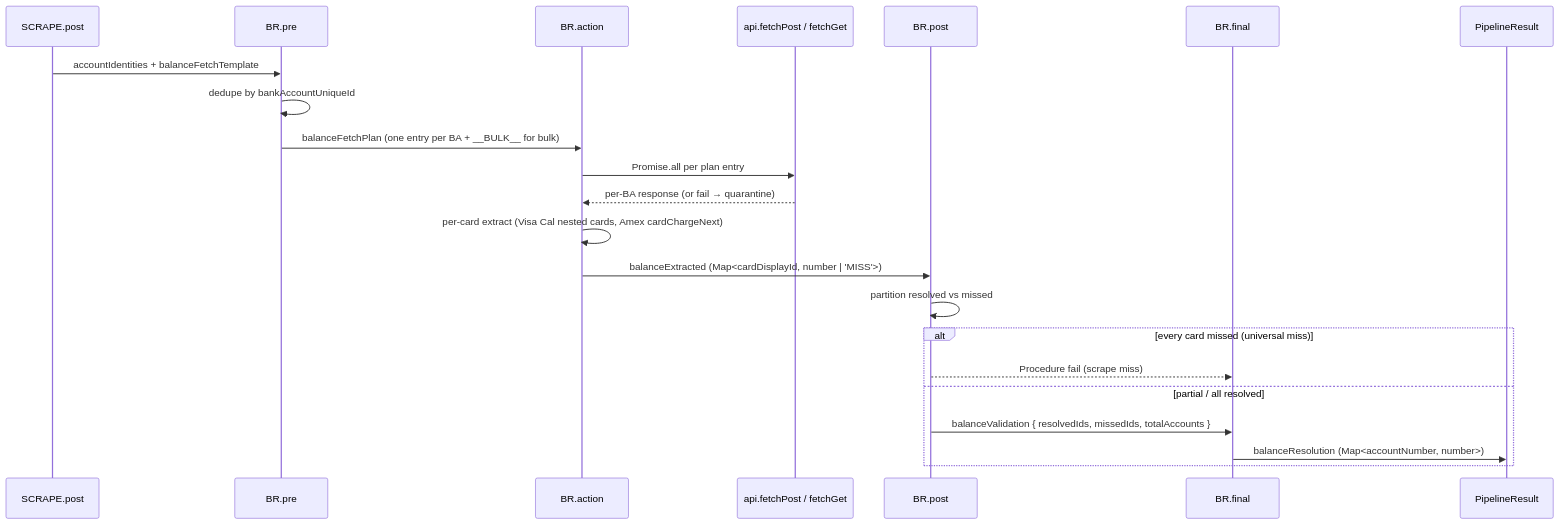
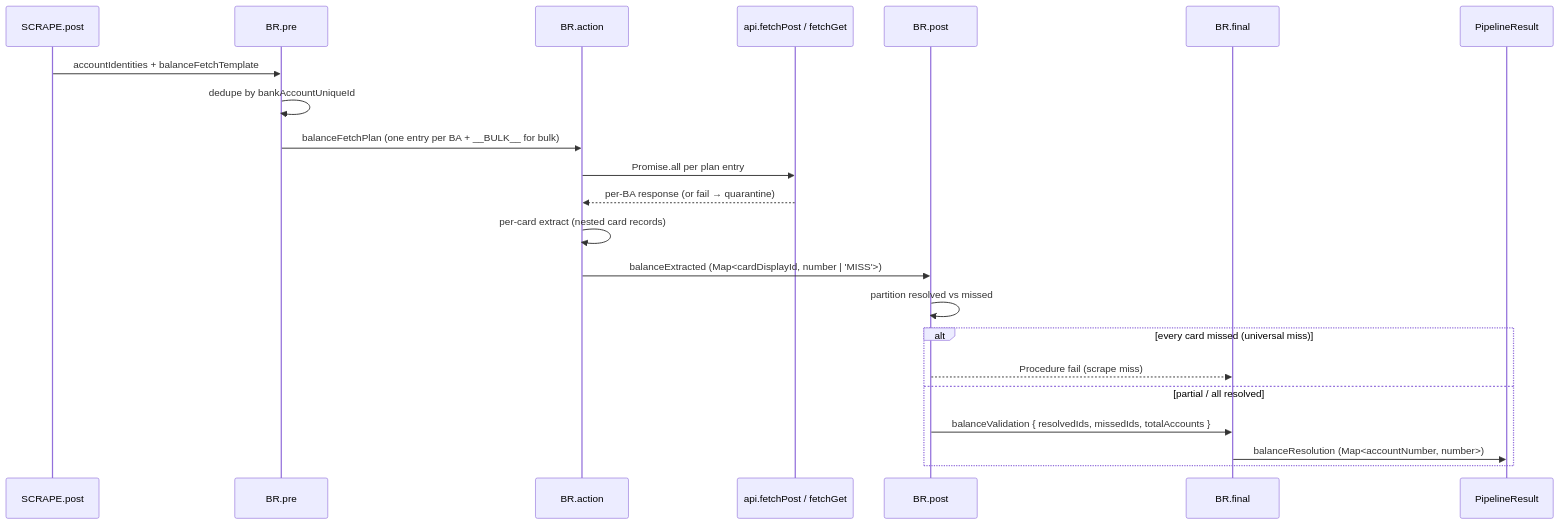
The diagram in docs/architecture/balance-resolve.md (sergienko4/israeli-bank-scrapers), drawn with Mermaid before and after one commit. The commit also changed other lines of this file and 4 other files, not shown here.

````diff
--- a/docs/architecture/balance-resolve.md
+++ b/docs/architecture/balance-resolve.md
@@ -97,25 +97,25 @@
 ```mermaid
 sequenceDiagram
     participant SP as SCRAPE.post
     participant RP as BR.pre
     participant RA as BR.action
     participant API as api.fetchPost / fetchGet
     participant RPO as BR.post
     participant RF as BR.final
     participant PR as PipelineResult
 
     SP->>RP: accountIdentities + balanceFetchTemplate
     RP->>RP: dedupe by bankAccountUniqueId
     RP->>RA: balanceFetchPlan (one entry per BA + __BULK__ for bulk)
     RA->>API: Promise.all per plan entry
     API-->>RA: per-BA response (or fail → quarantine)
-    RA->>RA: per-card extract (Visa Cal nested cards, Amex cardChargeNext)
+    RA->>RA: per-card extract (nested card records)
     RA->>RPO: balanceExtracted (Map<cardDisplayId, number | 'MISS'>)
     RPO->>RPO: partition resolved vs missed
     alt every card missed (universal miss)
         RPO-->>RF: Procedure fail (scrape miss)
     else partial / all resolved
         RPO->>RF: balanceValidation { resolvedIds, missedIds, totalAccounts }
         RF->>PR: balanceResolution (Map<accountNumber, number>)
     end
 ```
````
